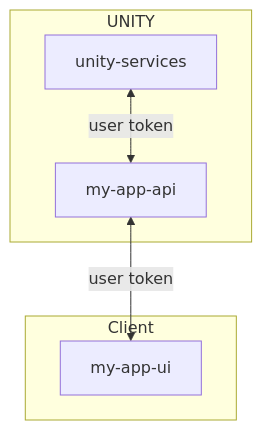
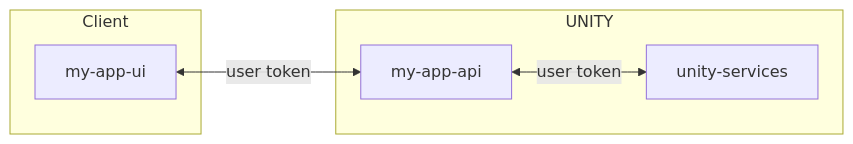
One commit to RomanKue/docs-example changed the third of 4 diagrams in docs/app-dev-handbook/external-services.md. Above: the diagram before and after it, drawn with Mermaid. The commit also changed other lines of this file and 4 other files, not shown here.

```diff
--- a/docs/app-dev-handbook/external-services.md
+++ b/docs/app-dev-handbook/external-services.md
@@ -107,9 +109,9 @@
 <div class="mermaid">
-graph BT
+graph LR
 subgraph UNITY
         my-app-api<--user token-->unity-services
 end
 subgraph Client
 my-app-ui<--user token-->my-app-api
 end
 </div>
```
